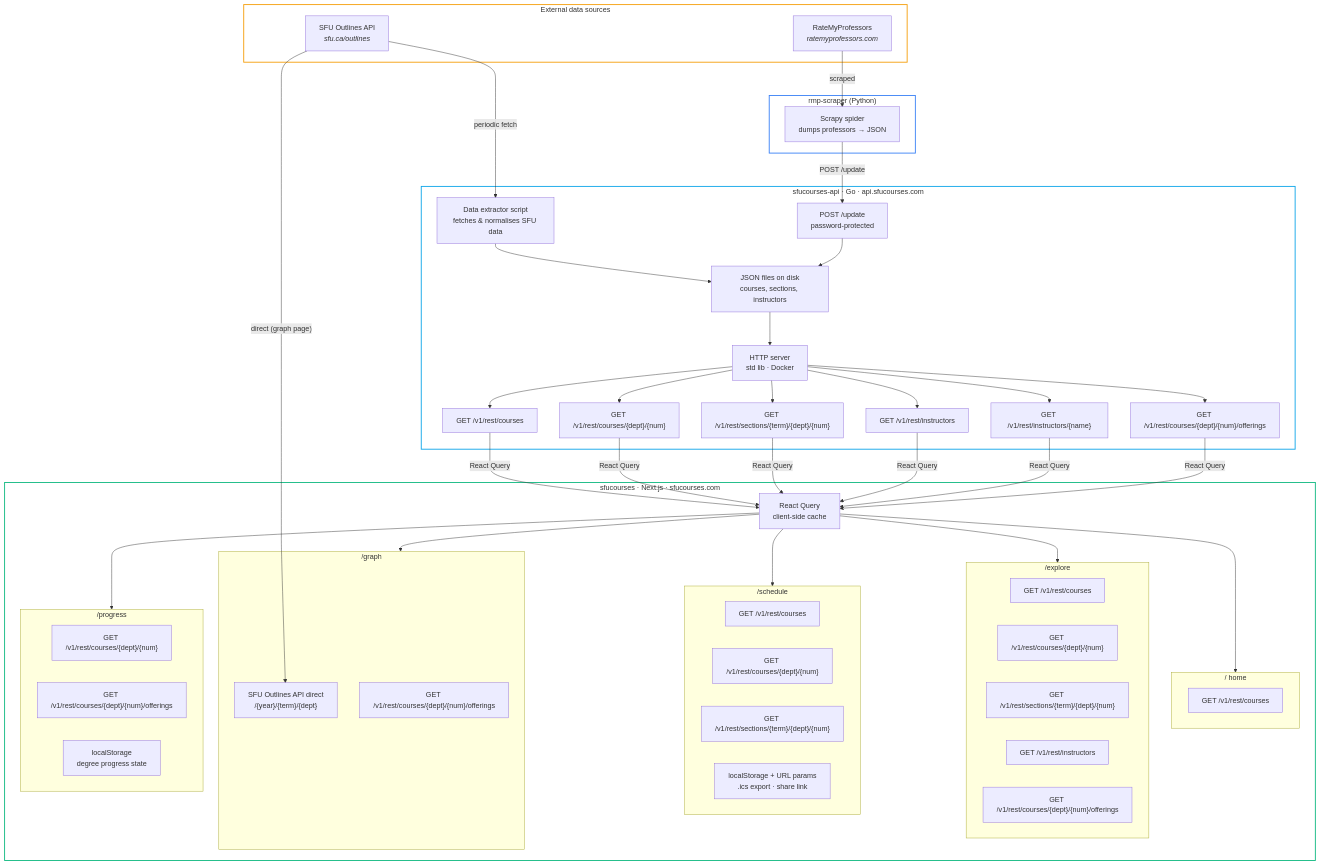
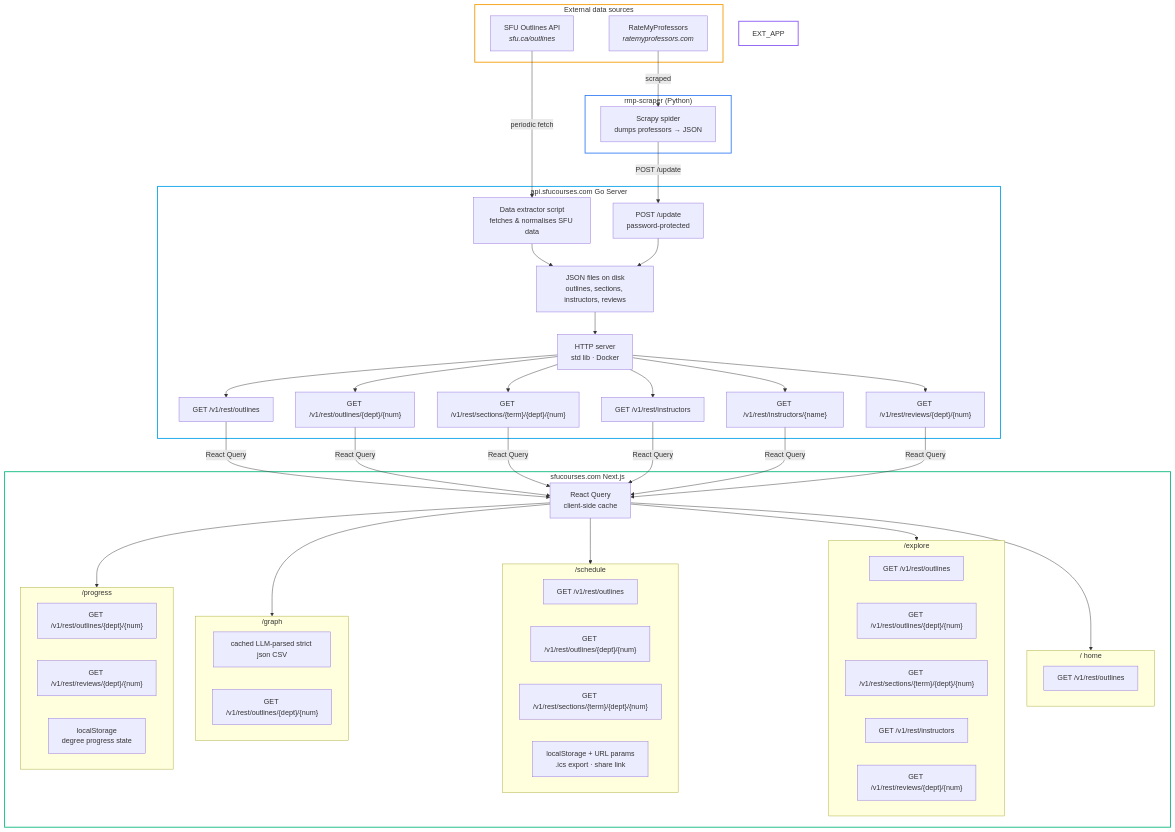
The diagram in content/posts/making-sfucourses.md (brianrahadi/quartz), drawn with Mermaid before and after one commit. The commit also changed 1 other file, not shown here.

Commit message:
Quartz sync: Apr 12, 2026, 9:14 PM

````diff
--- a/content/posts/making-sfucourses.md
+++ b/content/posts/making-sfucourses.md
@@ -29,6 +29,7 @@
   style SCRAPER fill:transparent,stroke:#3b82f6,stroke-width:2px
   style API fill:transparent,stroke:#0ea5e9,stroke-width:2px
   style FE fill:transparent,stroke:#10b981,stroke-width:2px
+  style EXT_APP fill:transparent,stroke:#8b5cf6,stroke-width:2px
 
   subgraph EXT["External data sources"]
     SFU["SFU Outlines API<br/><i>sfu.ca/outlines</i>"]
@@ -39,18 +40,18 @@
     SC["Scrapy spider<br/>dumps professors → JSON"]
   end
 
-  subgraph API["sfucourses-api · Go · api.sfucourses.com"]
+  subgraph API["api.sfucourses.com Go Server"]
     FETCH["Data extractor script<br/>fetches &amp; normalises SFU data"]
-    JSON["JSON files on disk<br/>courses, sections, instructors"]
+    JSON["JSON files on disk<br/>outlines, sections, instructors, reviews"]
     SERVER["HTTP server<br/>std lib · Docker"]
     UPDATE["POST /update<br/>password-protected"]
 
-    EP1["GET /v1/rest/courses"]
-    EP2["GET /v1/rest/courses/{dept}/{num}"]
+    EP1["GET /v1/rest/outlines"]
+    EP2["GET /v1/rest/outlines/{dept}/{num}"]
     EP3["GET /v1/rest/sections/{term}/{dept}/{num}"]
     EP4["GET /v1/rest/instructors"]
     EP5["GET /v1/rest/instructors/{name}"]
-    EP6["GET /v1/rest/courses/{dept}/{num}/offerings"]
+    EP6["GET /v1/rest/reviews/{dept}/{num}"]
 
     FETCH --> JSON
     JSON --> SERVER
@@ -63,32 +64,32 @@
     SERVER --> EP6
   end
 
-  subgraph FE["sfucourses · Next.js · sfucourses.com"]
+  subgraph FE["sfucourses.com Next.js"]
     RQ["React Query<br/>client-side cache"]
 
-    subgraph HOME["/  home"]
-      H1["GET /v1/rest/courses"]
+    subgraph HOME["/ home"]
+      H1["GET /v1/rest/outlines"]
     end
     subgraph EXPLORE["/explore"]
-      EX1["GET /v1/rest/courses"]
-      EX2["GET /v1/rest/courses/{dept}/{num}"]
+      EX1["GET /v1/rest/outlines"]
+      EX2["GET /v1/rest/outlines/{dept}/{num}"]
       EX3["GET /v1/rest/sections/{term}/{dept}/{num}"]
       EX4["GET /v1/rest/instructors"]
-      EX5["GET /v1/rest/courses/{dept}/{num}/offerings"]
+      EX5["GET /v1/rest/reviews/{dept}/{num}"]
     end
     subgraph SCHEDULE["/schedule"]
-      S1["GET /v1/rest/courses"]
-      S2["GET /v1/rest/courses/{dept}/{num}"]
+      S1["GET /v1/rest/outlines"]
+      S2["GET /v1/rest/outlines/{dept}/{num}"]
       S3["GET /v1/rest/sections/{term}/{dept}/{num}"]
       S4["localStorage + URL params<br/>.ics export · share link"]
     end
     subgraph GRAPH["/graph"]
-      G1["SFU Outlines API direct<br/>/{year}/{term}/{dept}"]
-      G2["GET /v1/rest/courses/{dept}/{num}/offerings"]
+      G1["cached LLM-parsed strict json CSV"]
+      G2["GET /v1/rest/outlines/{dept}/{num}"]
     end
     subgraph PROGRESS["/progress"]
-      P1["GET /v1/rest/courses/{dept}/{num}"]
-      P2["GET /v1/rest/courses/{dept}/{num}/offerings"]
+      P1["GET /v1/rest/outlines/{dept}/{num}"]
+      P2["GET /v1/rest/reviews/{dept}/{num}"]
       P3["localStorage<br/>degree progress state"]
     end
 
@@ -109,5 +110,4 @@
   EP4 -->|"React Query"| RQ
   EP5 -->|"React Query"| RQ
   EP6 -->|"React Query"| RQ
-  SFU -->|"direct (graph page)"| G1
 ```
````
